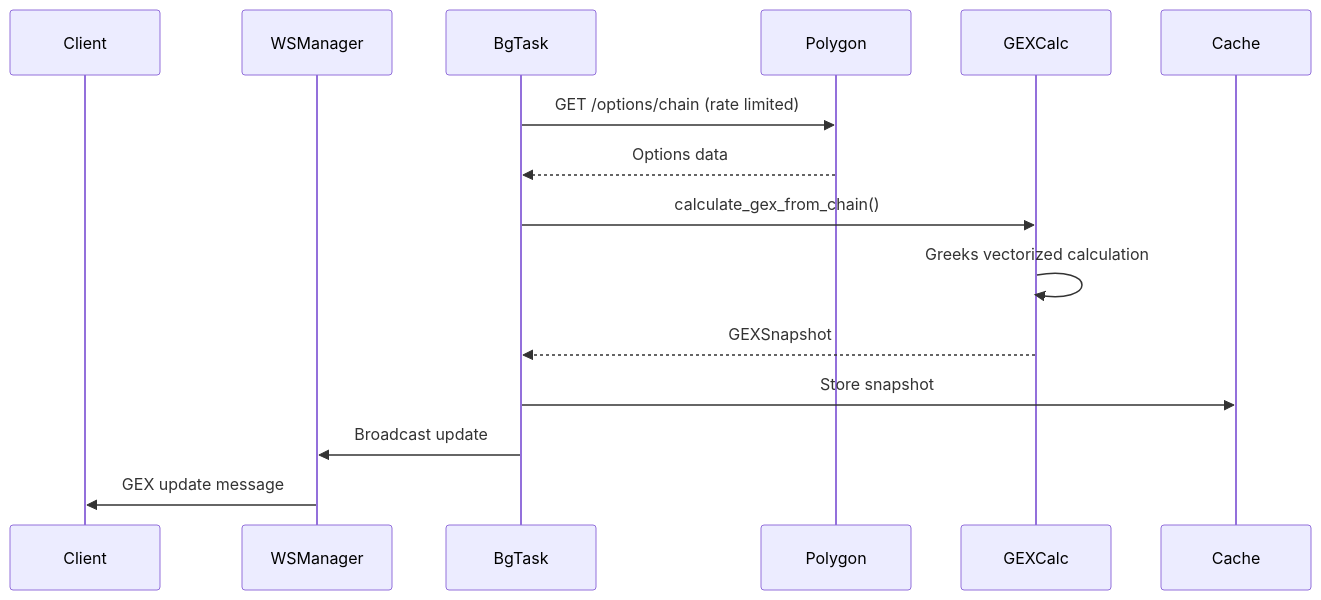
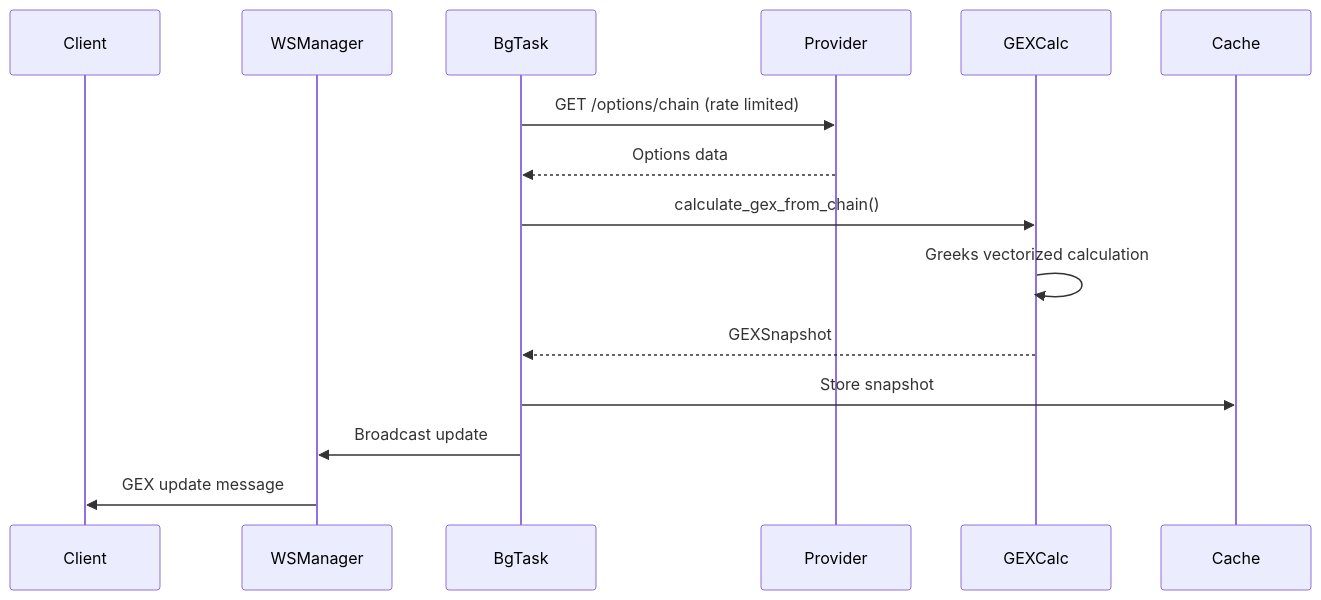
The second of 3 diagrams in docs/ARCHITECTURE.md (puneet-chandna/0DTE-dealer-gamma), drawn with Mermaid before and after one commit. The commit also changed other lines of this file and 3 other files, not shown here.

Commit message:
feat: introduce modular data provider architecture and update API, architecture, and deployment documentation to reflect dynamic data fetching.

````diff
--- a/docs/ARCHITECTURE.md
+++ b/docs/ARCHITECTURE.md
@@ -72,18 +72,18 @@
 ```mermaid
 sequenceDiagram
     participant Client
     participant WSManager
     participant BgTask
-    participant Polygon
+    participant Provider
     participant GEXCalc
     participant Cache
 
-    BgTask->>Polygon: GET /options/chain (rate limited)
-    Polygon-->>BgTask: Options data
+    BgTask->>Provider: GET /options/chain (rate limited)
+    Provider-->>BgTask: Options data
     BgTask->>GEXCalc: calculate_gex_from_chain()
     GEXCalc->>GEXCalc: Greeks vectorized calculation
     GEXCalc-->>BgTask: GEXSnapshot
     BgTask->>Cache: Store snapshot
     BgTask->>WSManager: Broadcast update
     WSManager->>Client: GEX update message
 ```
````
